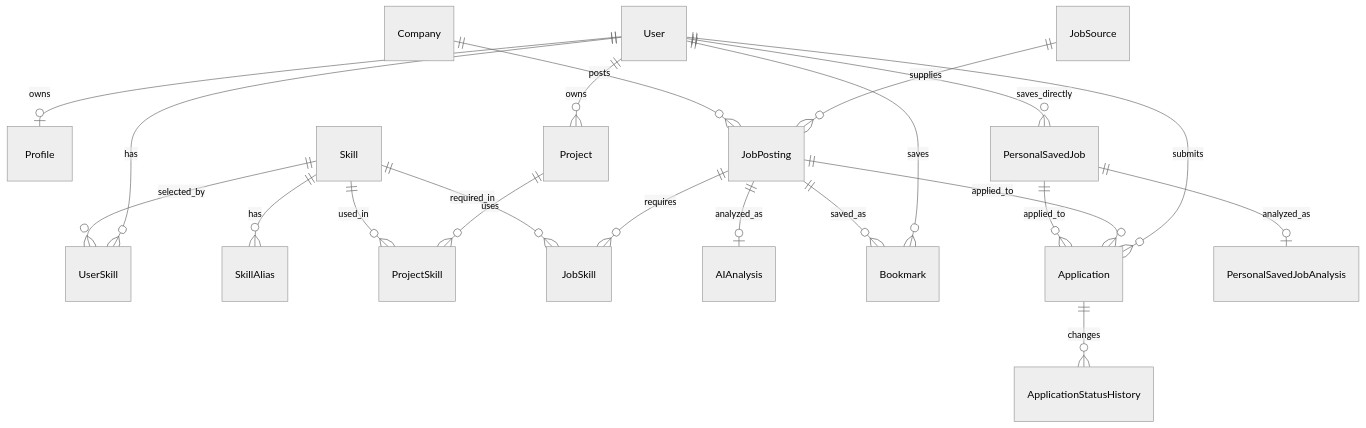
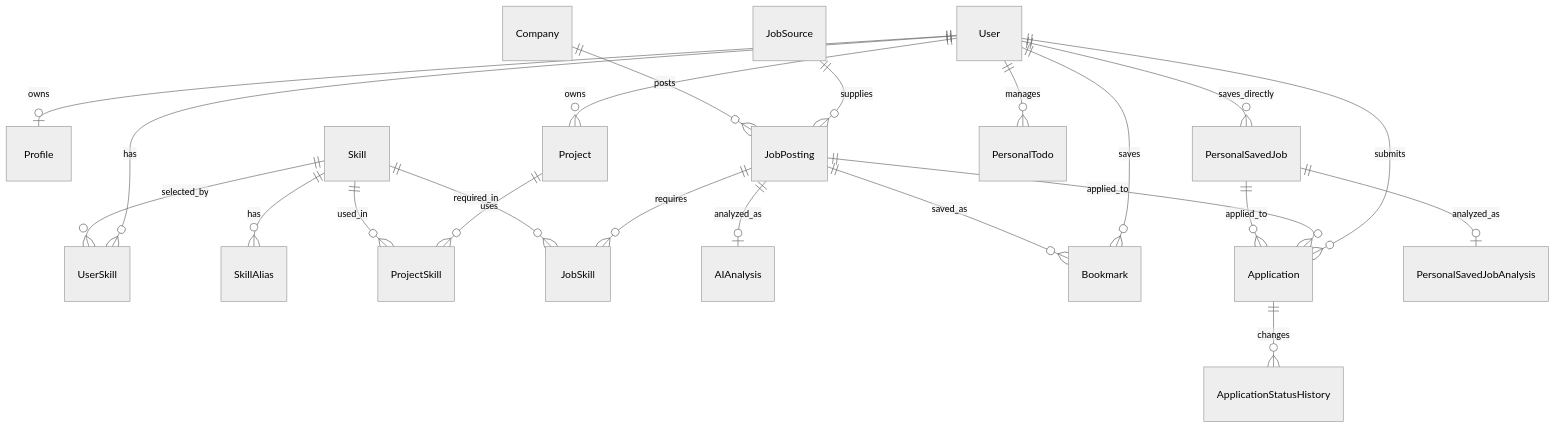
Before and after one commit to ChoiMari/dev-job: the diagram in docs/erd.md, drawn with Mermaid (neutral theme). The commit also changed other lines of this file and 18 other files, not shown here.

Commit message:
feat: add personal todo backend

````diff
--- a/docs/erd.md
+++ b/docs/erd.md
@@ -31,23 +31,24 @@
 ```mermaid
 erDiagram
     User ||--o| Profile : owns
     User ||--o{ UserSkill : has
     Skill ||--o{ UserSkill : selected_by
     Skill ||--o{ SkillAlias : has
     User ||--o{ Project : owns
     Project ||--o{ ProjectSkill : uses
     Skill ||--o{ ProjectSkill : used_in
     JobSource ||--o{ JobPosting : supplies
     Company ||--o{ JobPosting : posts
     JobPosting ||--o{ JobSkill : requires
     Skill ||--o{ JobSkill : required_in
     JobPosting ||--o| AIAnalysis : analyzed_as
     User ||--o{ Bookmark : saves
     JobPosting ||--o{ Bookmark : saved_as
     User ||--o{ PersonalSavedJob : saves_directly
+    User ||--o{ PersonalTodo : manages
     User ||--o{ Application : submits
     JobPosting ||--o{ Application : applied_to
     PersonalSavedJob ||--o{ Application : applied_to
     PersonalSavedJob ||--o| PersonalSavedJobAnalysis : analyzed_as
     Application ||--o{ ApplicationStatusHistory : changes
 ```
````
